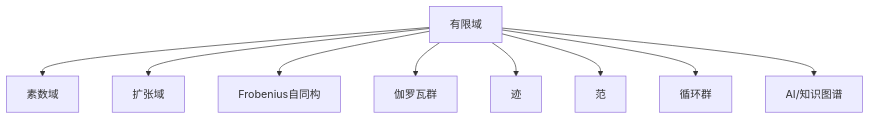
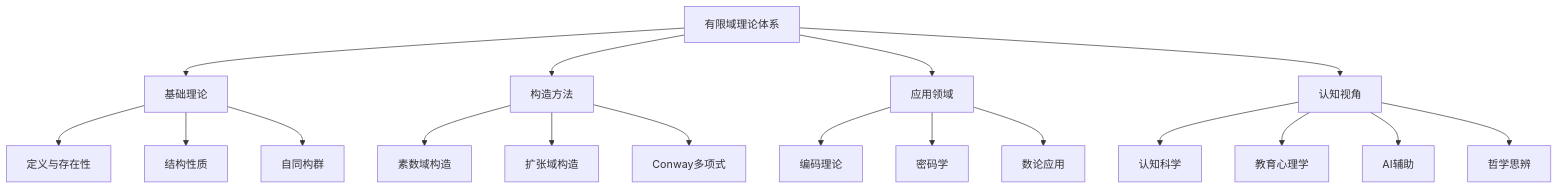
One commit to AdaMartin18010/Mathematics changed the sixth of 6 diagrams in Math/Refactor/03-代数结构与理论/04-域论/03-有限域理论.md. Above: the diagram before and after it, drawn with Mermaid. The commit also changed other lines of this file and 3 other files, not shown here.

````diff
--- a/Math/Refactor/03-代数结构与理论/04-域论/03-有限域理论.md
+++ b/Math/Refactor/03-代数结构与理论/04-域论/03-有限域理论.md
@@ -364,20 +519,30 @@
 ```mermaid
 graph TD
-  F["有限域"]
-  SF["素数域"]
-  EF["扩张域"]
-  FG["Frobenius自同构"]
-  G["伽罗瓦群"]
-  T["迹"]
-  N["范"]
-  C["循环群"]
-  AI["AI/知识图谱"]
-  F --> SF
-  F --> EF
-  F --> FG
-  F --> G
-  F --> T
-  F --> N
-  F --> C
-  F --> AI
+  A["有限域理论体系"]
+  B["基础理论"]
+  C["构造方法"]
+  D["应用领域"]
+  E["认知视角"]
+  
+  A --> B
+  A --> C
+  A --> D
+  A --> E
+  
+  B --> B1["定义与存在性"]
+  B --> B2["结构性质"]
+  B --> B3["自同构群"]
+  
+  C --> C1["素数域构造"]
+  C --> C2["扩张域构造"]
+  C --> C3["Conway多项式"]
+  
+  D --> D1["编码理论"]
+  D --> D2["密码学"]
+  D --> D3["数论应用"]
+  
+  E --> E1["认知科学"]
+  E --> E2["教育心理学"]
+  E --> E3["AI辅助"]
+  E --> E4["哲学思辨"]
 ```
````
